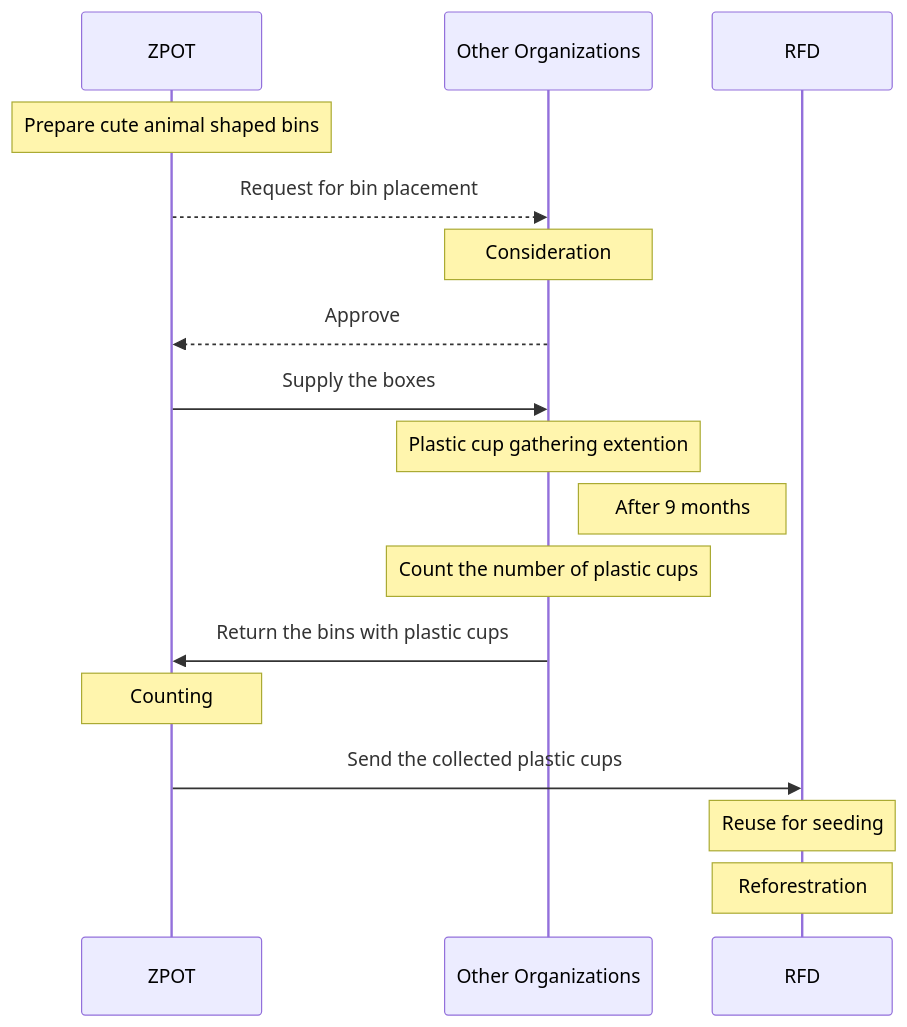
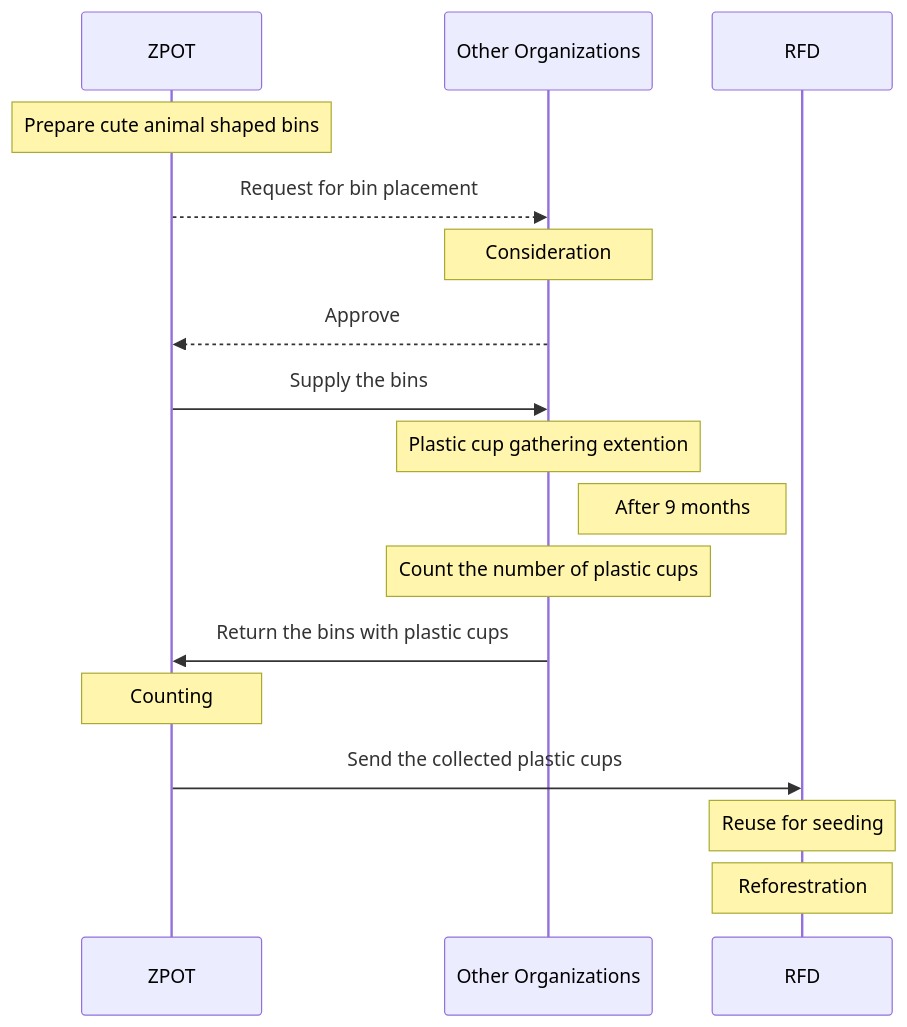
The first of 2 diagrams in README.md (Kietpawpan/carbon), drawn with Mermaid before and after one commit.

````diff
--- a/README.md
+++ b/README.md
@@ -11,16 +11,16 @@
 ```mermaid
 sequenceDiagram
     Note over ZPOT: Prepare cute animal shaped bins  
     ZPOT-->>Other Organizations: Request for bin placement
     Note over Other Organizations: Consideration
     Other Organizations-->>ZPOT: Approve
-    ZPOT->>Other Organizations: Supply the boxes
+    ZPOT->>Other Organizations: Supply the bins
     Note over Other Organizations: Plastic cup gathering extention
     Note right of Other Organizations: After 9 months
     Note over Other Organizations: Count the number of plastic cups
     Other Organizations->>ZPOT: Return the bins with plastic cups
     Note over ZPOT: Counting
     ZPOT->>RFD: Send the collected plastic cups
     Note over RFD: Reuse for seeding
     Note over RFD: Reforestration
 ```
````
